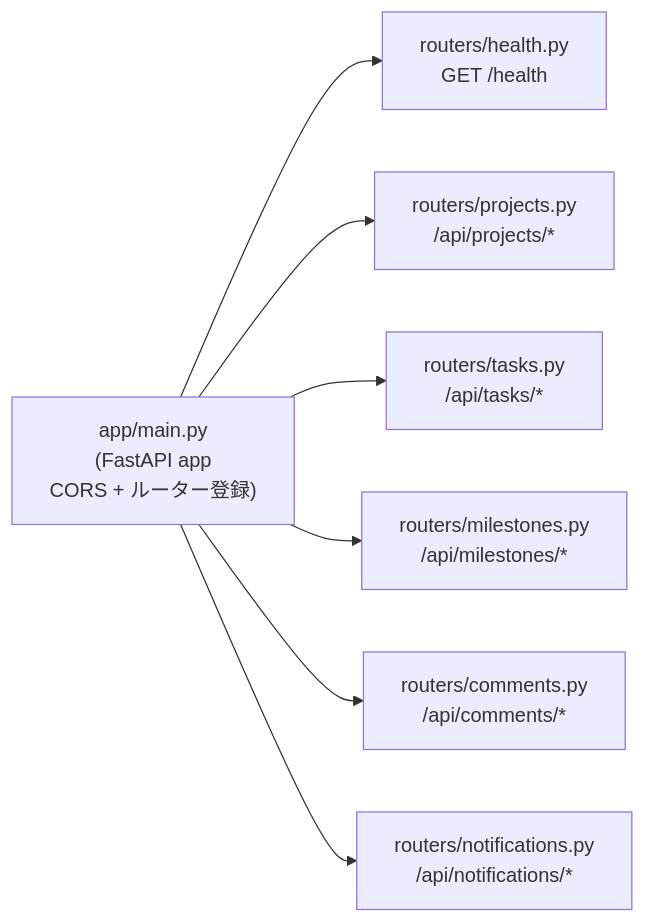
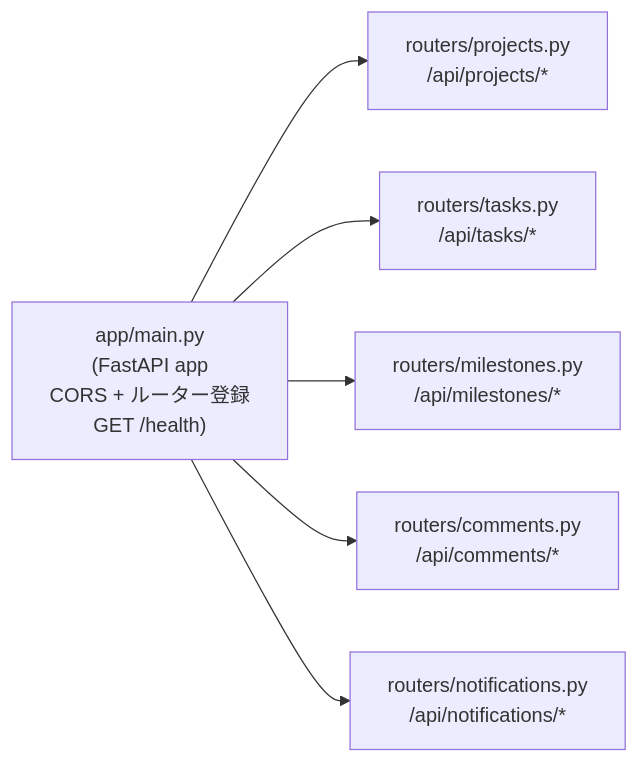
The diagram in docs/design/api.md (nakata5577/wbs-tool), drawn with Mermaid before and after one commit. The commit also changed 2 other files, not shown here.

Commit message:
fix(backend): コードレビュー指摘を修正
- .gitignore に backend/*.db を追加（wbs.db の誤コミット防止）
- docs/design/api.md のルーター図を実装と一致させる
  （GET /health は main.py 直接定義で routers/health.py は不存在）
- CHANGELOG の例外ハンドラー記述に FastAPI デフォルト動作であることを明示

Design: none
Refs #10

````diff
--- a/docs/design/api.md
+++ b/docs/design/api.md
@@ -22,9 +22,8 @@
 ```mermaid
 flowchart LR
-    Main["app/main.py\n(FastAPI app\nCORS + ルーター登録)"] --> Health["routers/health.py\nGET /health"]
-    Main --> Projects["routers/projects.py\n/api/projects/*"]
+    Main["app/main.py\n(FastAPI app\nCORS + ルーター登録\nGET /health)"] --> Projects["routers/projects.py\n/api/projects/*"]
     Main --> Tasks["routers/tasks.py\n/api/tasks/*"]
     Main --> Milestones["routers/milestones.py\n/api/milestones/*"]
     Main --> Comments["routers/comments.py\n/api/comments/*"]
     Main --> Notifications["routers/notifications.py\n/api/notifications/*"]
 ```
````
